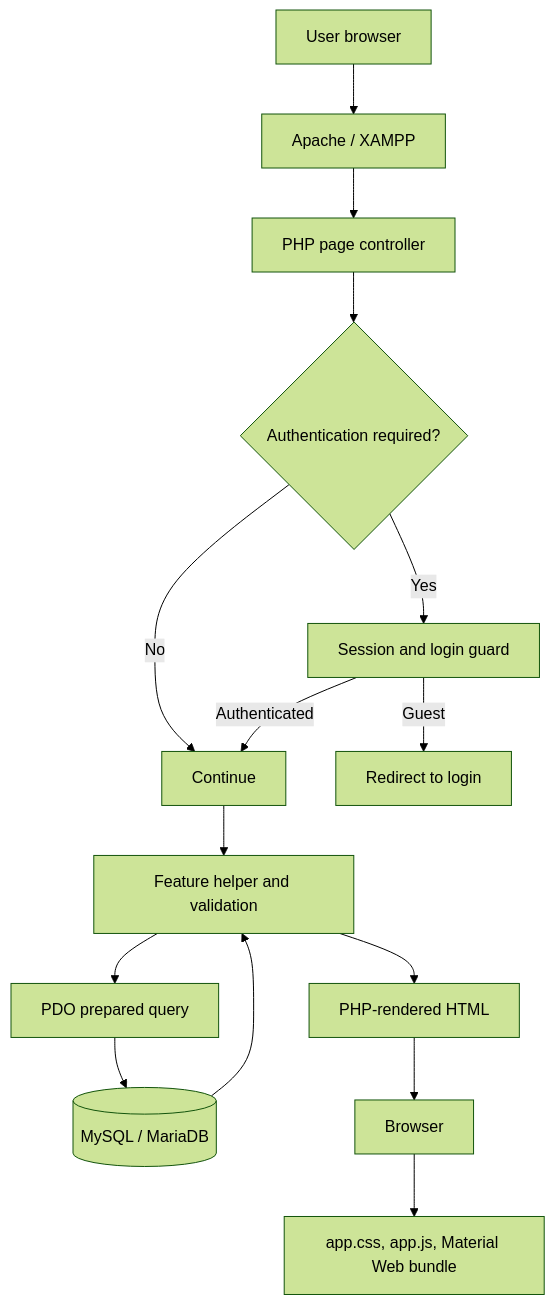
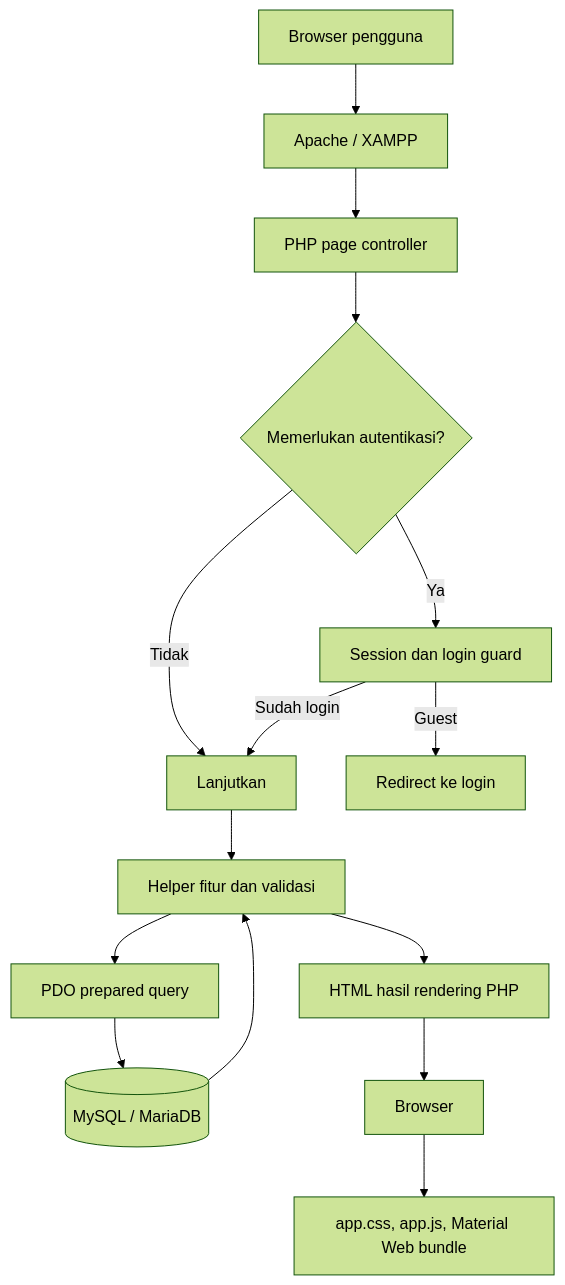
Before and after one commit to mayangzahratusita08/spendly: the first of 2 diagrams in docs/TECHNICAL_DOCUMENTATION.md, drawn with Mermaid (forest theme). The commit also changed other lines of this file and 1 other file, not shown here.

````diff
--- a/docs/TECHNICAL_DOCUMENTATION.md
+++ b/docs/TECHNICAL_DOCUMENTATION.md
@@ -95,17 +95,17 @@
 ```mermaid
 flowchart TD
-    A[User browser] --> B[Apache / XAMPP]
+    A[Browser pengguna] --> B[Apache / XAMPP]
     B --> C[PHP page controller]
-    C --> D{Authentication required?}
-    D -->|Yes| E[Session and login guard]
-    D -->|No| F[Continue]
-    E -->|Authenticated| F
-    E -->|Guest| G[Redirect to login]
-    F --> H[Feature helper and validation]
+    C --> D{Memerlukan autentikasi?}
+    D -->|Ya| E[Session dan login guard]
+    D -->|Tidak| F[Lanjutkan]
+    E -->|Sudah login| F
+    E -->|Guest| G[Redirect ke login]
+    F --> H[Helper fitur dan validasi]
     H --> I[PDO prepared query]
     I --> J[(MySQL / MariaDB)]
     J --> H
-    H --> K[PHP-rendered HTML]
+    H --> K[HTML hasil rendering PHP]
     K --> L[Browser]
     L --> M[app.css, app.js, Material Web bundle]
 ```
````
